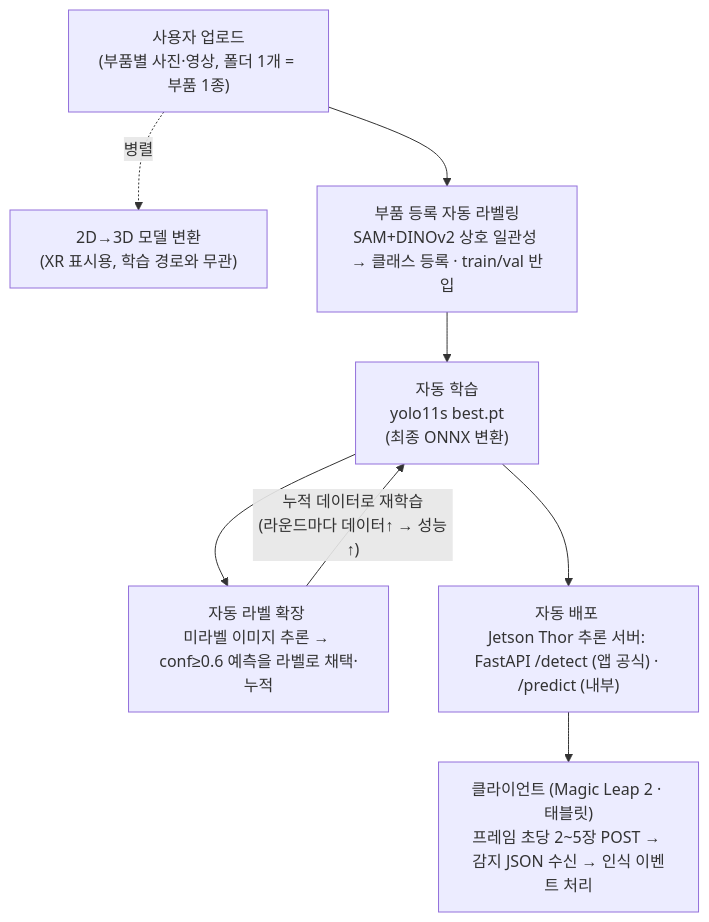
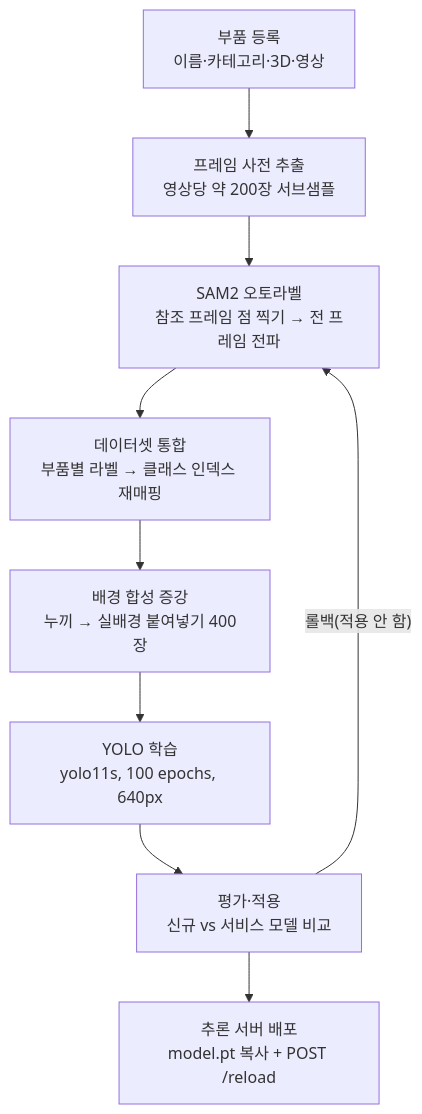
One commit to ev1025/auto_annotation_learning changed the diagram in README.md. Above: the diagram before and after it, drawn with Mermaid. The commit also changed other lines of this file, not shown here.

````diff
--- a/README.md
+++ b/README.md
@@ -32,15 +26,13 @@
 ```mermaid
 flowchart TD
-    A["사용자 업로드<br/>(부품별 사진·영상, 폴더 1개 = 부품 1종)"]
-    A2["2D→3D 모델 변환<br/>(XR 표시용, 학습 경로와 무관)"]
-    B["부품 등록 자동 라벨링<br/>SAM+DINOv2 상호 일관성 → 클래스 등록 · train/val 반입"]
-    C["자동 학습<br/>yolo11s best.pt <br/>(최종 ONNX 변환)"]
-    D["자동 라벨 확장 <br/>미라벨 이미지 추론 → conf≥0.6 예측을 라벨로 채택·누적"]
-    E["자동 배포 <br/>Jetson Thor 추론 서버: <br/>FastAPI /detect (앱 공식) · /predict (내부)"]
-    F["클라이언트 (Magic Leap 2 · 태블릿)<br/>프레임 초당 2~5장 POST → 감지 JSON 수신 → 인식 이벤트 처리"]
-
-    A --> B --> C --> D
-    A -. 병렬 .-> A2
-    D -- "누적 데이터로 재학습<br/>(라운드마다 데이터↑ → 성능↑)" --> C
-    C --> E --> F
+    A["부품 등록<br/>이름·카테고리·3D·영상"]
+    B["프레임 사전 추출<br/>영상당 약 200장 서브샘플"]
+    C["SAM2 오토라벨<br/>참조 프레임 점 찍기 → 전 프레임 전파"]
+    D["데이터셋 통합<br/>부품별 라벨 → 클래스 인덱스 재매핑"]
+    E["배경 합성 증강<br/>누끼 → 실배경 붙여넣기 400장"]
+    F["YOLO 학습<br/>yolo11s, 100 epochs, 640px"]
+    G["평가·적용<br/>신규 vs 서비스 모델 비교"]
+    H["추론 서버 배포<br/>model.pt 복사 + POST /reload"]
+    A --> B --> C --> D --> E --> F --> G --> H
+    G -- "롤백(적용 안 함)" --> C
 ```
````
